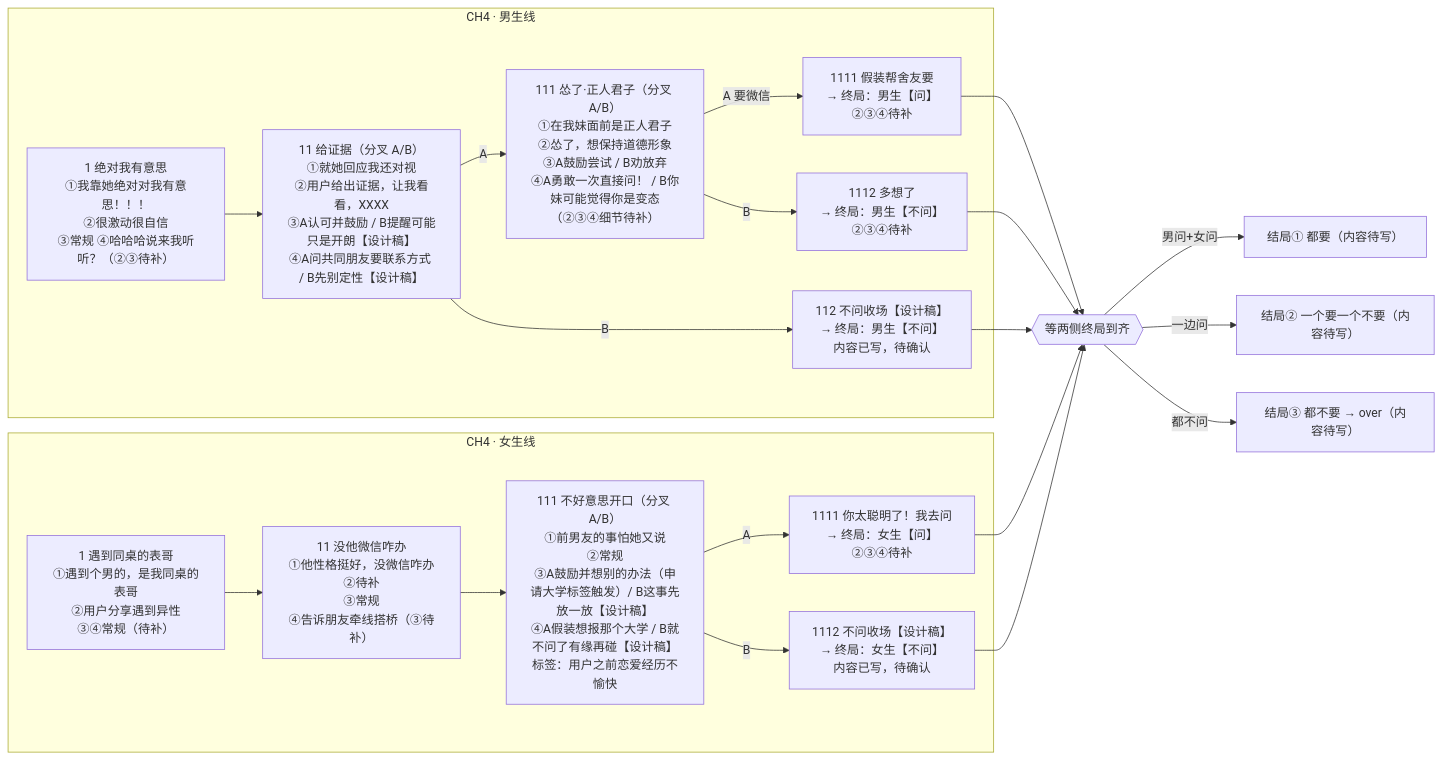
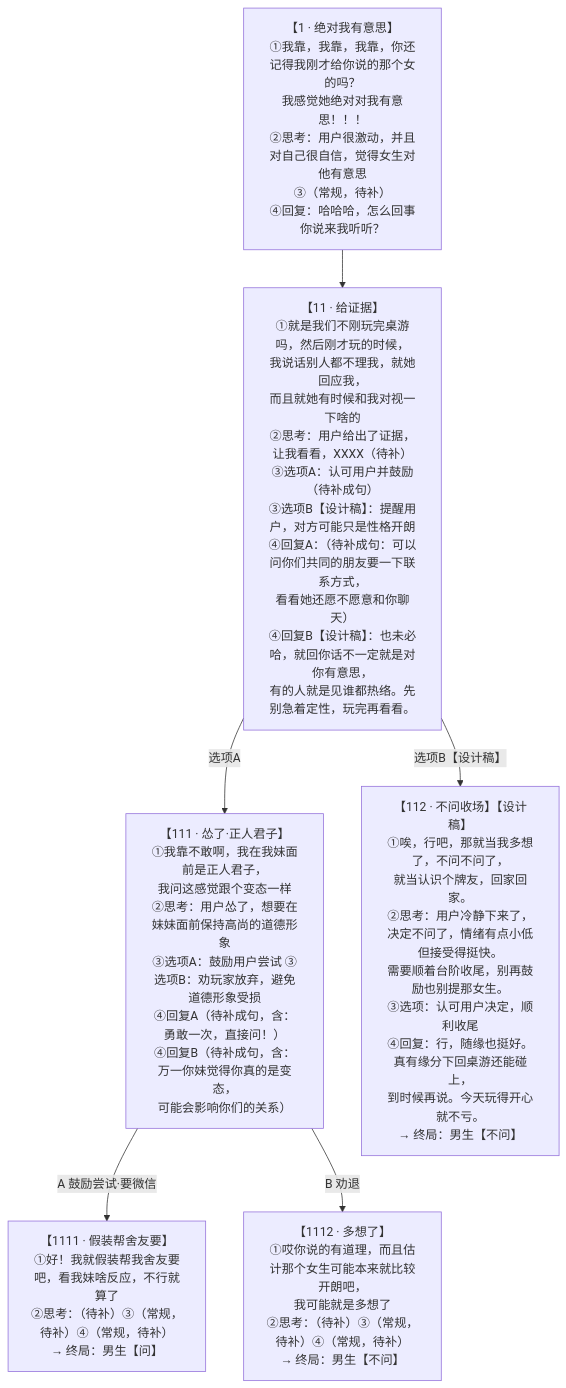
The third of 7 diagrams in script/map.md (jesse20050324/Project_3), drawn with Mermaid before and after one commit. The commit also changed other lines of this file, not shown here.

Commit message:
Rewrite map.md as full-text turn diagrams (CH3-CH5)

````diff
--- a/script/map.md
+++ b/script/map.md
@@ -37,28 +37,15 @@
 ```mermaid
-flowchart LR
-    subgraph BOY4["CH4 · 男生线"]
-        B1["1 绝对我有意思<br/>①我靠她绝对对我有意思！！！<br/>②很激动很自信<br/>③常规 ④哈哈哈说来我听听？（②③待补）"] --> B11
-        B11["11 给证据（分叉 A/B）<br/>①就她回应我还对视<br/>②用户给出证据，让我看看，XXXX<br/>③A认可并鼓励 / B提醒可能只是开朗【设计稿】<br/>④A问共同朋友要联系方式 / B先别定性【设计稿】"] -->|A| B111
-        B11 -->|B| B112
-        B111["111 怂了·正人君子（分叉 A/B）<br/>①在我妹面前是正人君子<br/>②怂了，想保持道德形象<br/>③A鼓励尝试 / B劝放弃<br/>④A勇敢一次直接问！ / B你妹可能觉得你是变态（②③④细节待补）"] -->|A 要微信| B1111
-        B111 -->|B| B1112
-        B1111["1111 假装帮舍友要<br/>→ 终局：男生【问】<br/>②③④待补"]
-        B1112["1112 多想了<br/>→ 终局：男生【不问】<br/>②③④待补"]
-        B112["112 不问收场【设计稿】<br/>→ 终局：男生【不问】<br/>内容已写，待确认"]
-    end
+flowchart TD
+    B1["【1 · 绝对我有意思】<br/>①我靠，我靠，我靠，你还记得我刚才给你说的那个女的吗？<br/>我感觉她绝对对我有意思！！！<br/>②思考：用户很激动，并且对自己很自信，觉得女生对他有意思<br/>③（常规，待补）<br/>④回复：哈哈哈，怎么回事你说来我听听？"] --> B11
 
-    subgraph GIRL4["CH4 · 女生线"]
-        G1["1 遇到同桌的表哥<br/>①遇到个男的，是我同桌的表哥<br/>②用户分享遇到异性<br/>③④常规（待补）"] --> G11
-        G11["11 没他微信咋办<br/>①他性格挺好，没微信咋办<br/>②待补<br/>③常规<br/>④告诉朋友牵线搭桥（③待补）"] --> G111
-        G111["111 不好意思开口（分叉 A/B）<br/>①前男友的事怕她又说<br/>②常规<br/>③A鼓励并想别的办法（申请大学标签触发）/ B这事先放一放【设计稿】<br/>④A假装想报那个大学 / B就不问了有缘再碰【设计稿】<br/>标签：用户之前恋爱经历不愉快"] -->|A| G1111
-        G111 -->|B| G1112
-        G1111["1111 你太聪明了！我去问<br/>→ 终局：女生【问】<br/>②③④待补"]
-        G1112["1112 不问收场【设计稿】<br/>→ 终局：女生【不问】<br/>内容已写，待确认"]
-    end
+    B11["【11 · 给证据】<br/>①就是我们不刚玩完桌游吗，然后刚才玩的时候，<br/>我说话别人都不理我，就她回应我，<br/>而且就她有时候和我对视一下啥的<br/>②思考：用户给出了证据，让我看看，XXXX（待补）<br/>③选项A：认可用户并鼓励（待补成句）<br/>③选项B【设计稿】：提醒用户，对方可能只是性格开朗<br/>④回复A：（待补成句：可以问你们共同的朋友要一下联系方式，<br/>看看她还愿不愿意和你聊天）<br/>④回复B【设计稿】：也未必哈，就回你话不一定就是对你有意思，<br/>有的人就是见谁都热络。先别急着定性，玩完再看看。"]
+    B11 -->|选项A| B111
+    B11 -->|选项B【设计稿】| B112
 
-    B1111 & B1112 & B112 --> GATE
-    G1111 & G1112 --> GATE
-    GATE{{"等两侧终局到齐"}} -->|男问+女问| E1["结局① 都要（内容待写）"]
-    GATE -->|一边问| E2["结局② 一个要一个不要（内容待写）"]
-    GATE -->|都不问| E3["结局③ 都不要 → over（内容待写）"]
+    B111["【111 · 怂了·正人君子】<br/>①我靠不敢啊，我在我妹面前是正人君子，<br/>我问这感觉跟个变态一样<br/>②思考：用户怂了，想要在妹妹面前保持高尚的道德形象<br/>③选项A：鼓励用户尝试 ③选项B：劝玩家放弃，避免道德形象受损<br/>④回复A（待补成句，含：勇敢一次，直接问！）<br/>④回复B（待补成句，含：万一你妹觉得你真的是变态，<br/>可能会影响你们的关系）"]
+    B111 -->|A 鼓励尝试·要微信| B1111
+    B111 -->|B 劝退| B1112
+    B1111["【1111 · 假装帮舍友要】<br/>①好！我就假装帮我舍友要吧，看我妹啥反应，不行就算了<br/>②思考：（待补）③（常规，待补）④（常规，待补）<br/>→ 终局：男生【问】"]
+    B1112["【1112 · 多想了】<br/>①哎你说的有道理，而且估计那个女生可能本来就比较开朗吧，<br/>我可能就是多想了<br/>②思考：（待补）③（常规，待补）④（常规，待补）<br/>→ 终局：男生【不问】"]
+    B112["【112 · 不问收场】【设计稿】<br/>①唉，行吧，那就当我多想了，不问不问了，<br/>就当认识个牌友，回家回家。<br/>②思考：用户冷静下来了，决定不问了，情绪有点小低但接受得挺快。<br/>需要顺着台阶收尾，别再鼓励也别提那女生。<br/>③选项：认可用户决定，顺利收尾<br/>④回复：行，随缘也挺好。真有缘分下回桌游还能碰上，<br/>到时候再说。今天玩得开心就不亏。<br/>→ 终局：男生【不问】"]
 ```
````
